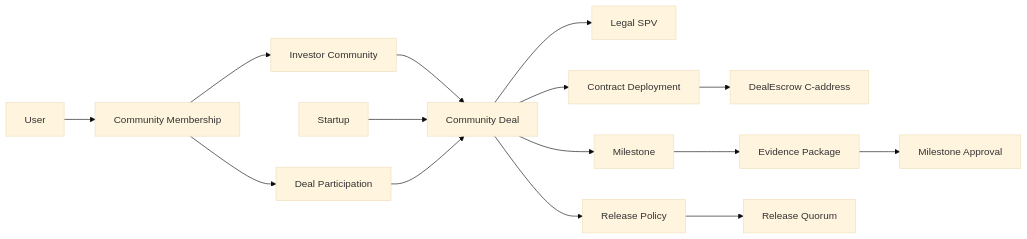
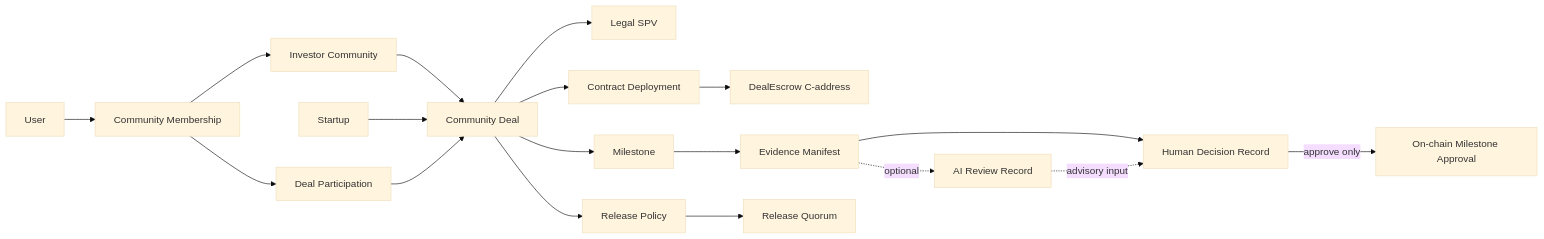
Before and after one commit to KoriVenture/kori-mvp: the first of 2 diagrams in packages/stellar-contracts/PRD.md, drawn with Mermaid (base theme). The commit also changed other lines of this file and 14 other files, not shown here.

Commit message:
docs(architecture): remove circular AI evidence hash

````diff
--- a/packages/stellar-contracts/PRD.md
+++ b/packages/stellar-contracts/PRD.md
@@ -139,17 +144,20 @@
 ```mermaid
 flowchart LR
   User[User] --> Membership[Community Membership]
   Membership --> Community[Investor Community]
   Community --> Deal[Community Deal]
   Startup[Startup] --> Deal
   Membership --> Participation[Deal Participation]
   Participation --> Deal
   Deal --> SPV[Legal SPV]
   Deal --> Milestone[Milestone]
   Deal --> Deployment[Contract Deployment]
   Deployment --> Escrow[DealEscrow C-address]
-  Milestone --> Evidence[Evidence Package]
-  Evidence --> Approval[Milestone Approval]
+  Milestone --> Manifest[Evidence Manifest]
+  Manifest -. optional .-> AIReview[AI Review Record]
+  Manifest --> HumanDecision[Human Decision Record]
+  AIReview -. advisory input .-> HumanDecision
+  HumanDecision -->|approve only| Approval[On-chain Milestone Approval]
   Deal --> Policy[Release Policy]
   Policy --> Quorum[Release Quorum]
 ```
````
